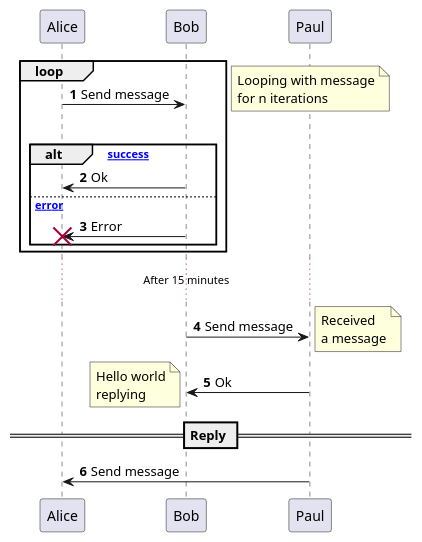
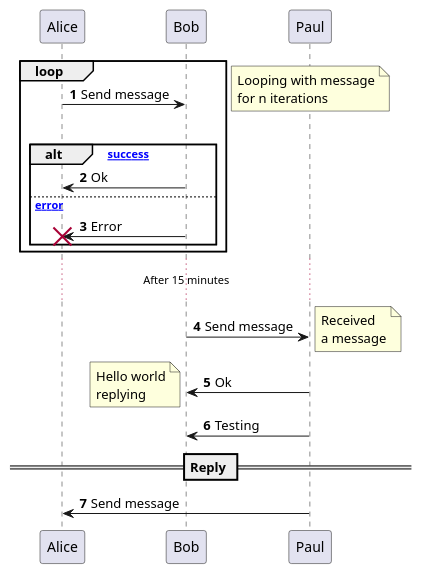
The diagram in src/example-sequence.puml (codersparks-old/wiki-plantuml-test), drawn with PlantUML before and after one commit.

Commit message:
Updated diagram

```diff
--- a/src/example-sequence.puml
+++ b/src/example-sequence.puml
@@ -1,36 +1,36 @@
 @startuml
 autonumber
 
 
 loop
   Alice -> Bob      : Send message
   |||
   alt [success]
     Alice <- Bob    : Ok
   else [error]
     Alice <- Bob    : Error
     destroy Alice
   end
 end
 note right
   Looping with message
   for n iterations
 end note
 
 ... After 15 minutes ...
 
 Bob -> Paul       : Send message
 note right
   Received
   a message
 end note
 Bob <- Paul       : Ok
 note left
   Hello world
   replying
 end note
-
+Paul -> Bob       : Testing
 == Reply ==
 
 Paul -> Alice     : Send message
 @enduml
```
